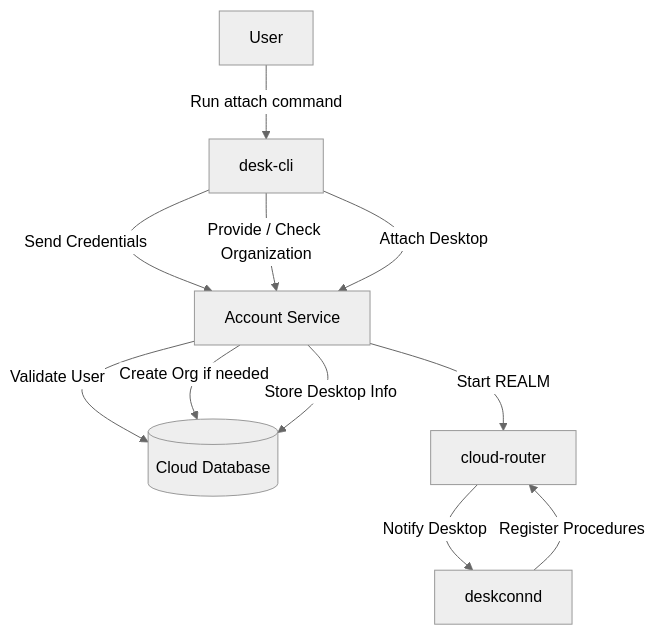
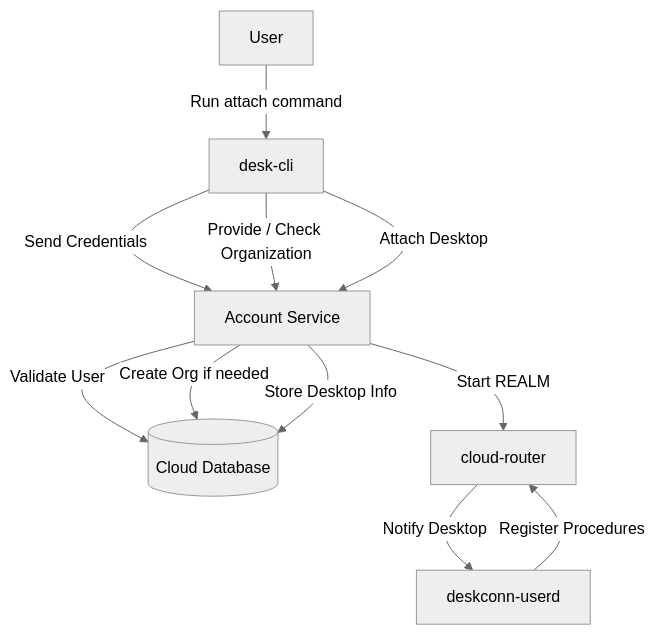
One commit to xconnio/deskconn changed the third of 5 diagrams in architecture/architecture.md. Above: the diagram before and after it, drawn with Mermaid (neutral theme). The commit also changed other lines of this file and 21 other files, not shown here.

````diff
--- a/architecture/architecture.md
+++ b/architecture/architecture.md
@@ -35,27 +35,27 @@
 ```mermaid
 flowchart TD
 
 User[User]
 DeskconnCLI[desk-cli]
 AccountService[Account Service]
 CloudDB[(Cloud Database)]
 CloudRouter[cloud-router]
-Deskconnd[deskconnd]
+Deskconnd[deskconn-userd]
 
 User -->|Run attach command| DeskconnCLI
 
 DeskconnCLI -->|Send Credentials| AccountService
 AccountService -->|Validate User| CloudDB
 
 DeskconnCLI -->|Provide / Check Organization| AccountService
 AccountService -->|Create Org if needed| CloudDB
 
 DeskconnCLI -->|Attach Desktop| AccountService
 AccountService -->|Store Desktop Info| CloudDB
 
 AccountService -->|Start REALM| CloudRouter
 
 CloudRouter -->|Notify Desktop| Deskconnd
 
 Deskconnd -->|Register Procedures| CloudRouter
 ```
````
